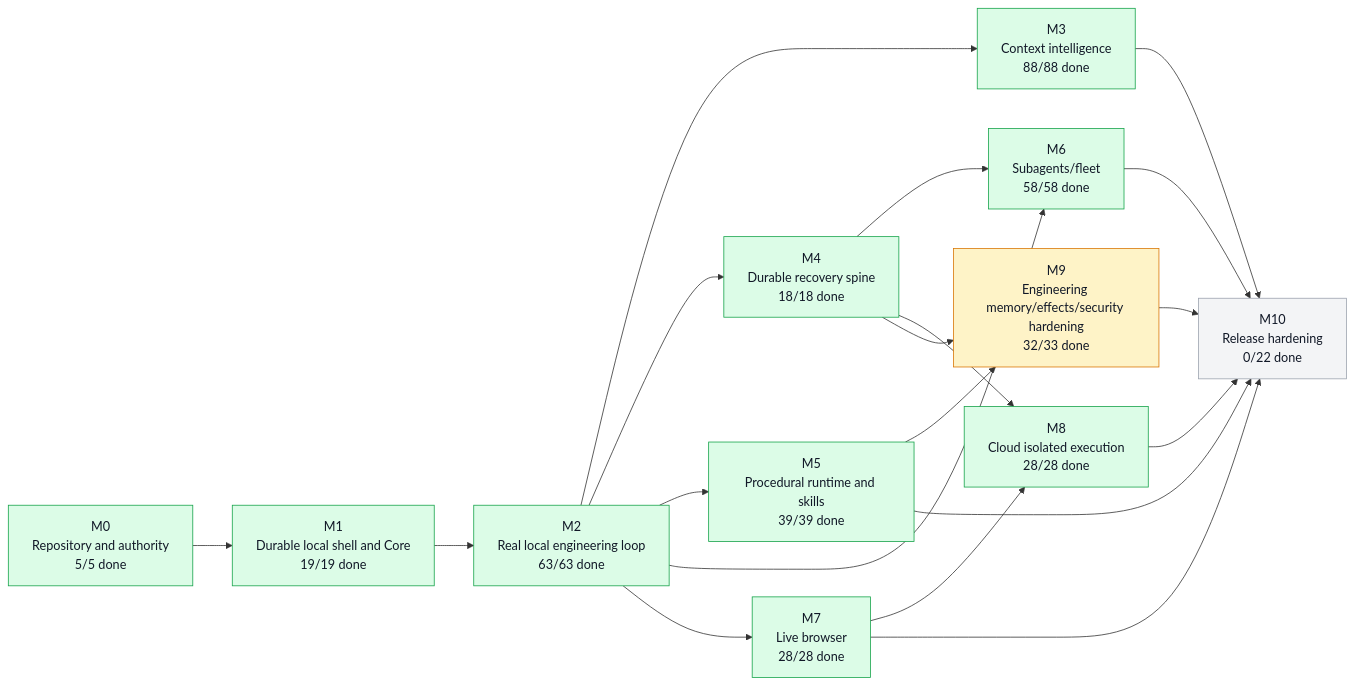
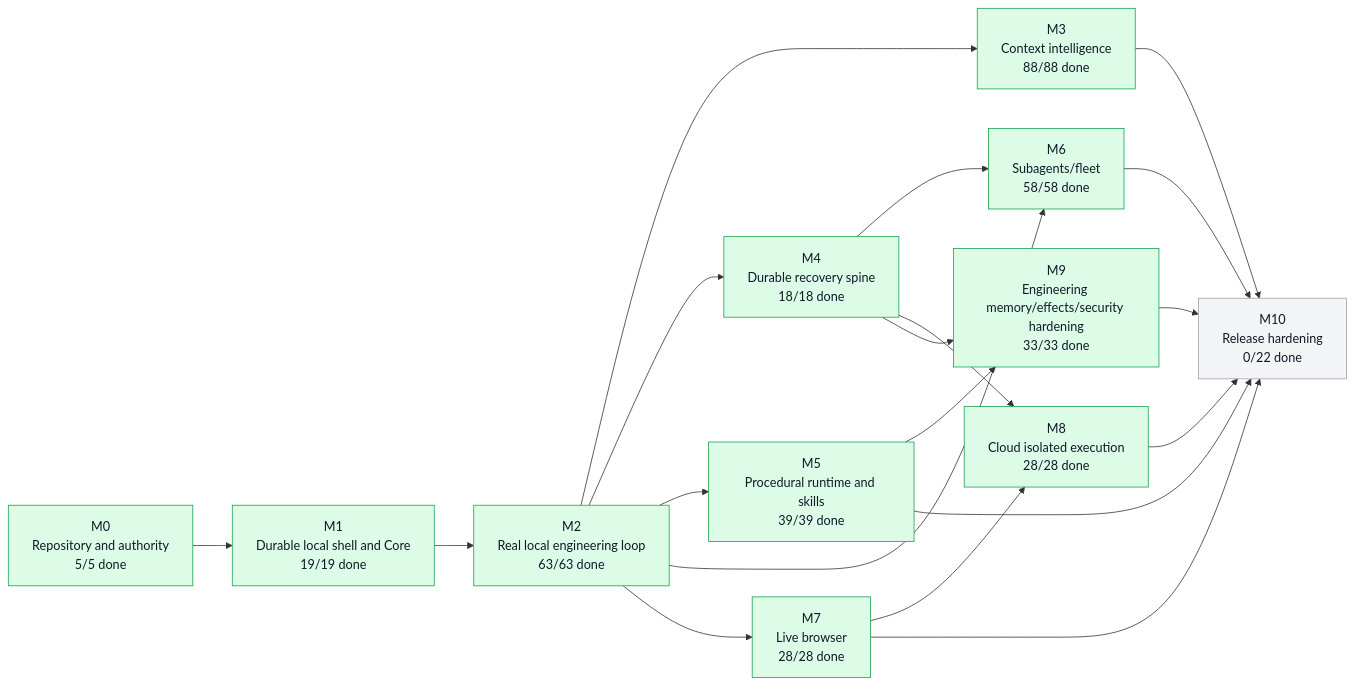
One commit to moss101/modbit changed the first of 5 diagrams in graph/PROJECT_GRAPH.md. Above: the diagram before and after it, drawn with Mermaid. The commit also changed other lines of this file and 7 other files, not shown here.

````diff
--- a/graph/PROJECT_GRAPH.md
+++ b/graph/PROJECT_GRAPH.md
@@ -57,43 +57,43 @@
 ```mermaid
 flowchart LR
   M0["M0<br/>Repository and authority<br/>5/5 done"]
   M1["M1<br/>Durable local shell and Core<br/>19/19 done"]
   M2["M2<br/>Real local engineering loop<br/>63/63 done"]
   M3["M3<br/>Context intelligence<br/>88/88 done"]
   M4["M4<br/>Durable recovery spine<br/>18/18 done"]
   M5["M5<br/>Procedural runtime and skills<br/>39/39 done"]
   M6["M6<br/>Subagents/fleet<br/>58/58 done"]
   M7["M7<br/>Live browser<br/>28/28 done"]
   M8["M8<br/>Cloud isolated execution<br/>28/28 done"]
-  M9["M9<br/>Engineering memory/effects/security hardening<br/>32/33 done"]
+  M9["M9<br/>Engineering memory/effects/security hardening<br/>33/33 done"]
   M10["M10<br/>Release hardening<br/>0/22 done"]
   M0 --> M1
   M1 --> M2
   M2 --> M3
   M2 --> M4
   M2 --> M5
   M2 --> M6
   M4 --> M6
   M2 --> M7
   M4 --> M8
   M7 --> M8
   M4 --> M9
   M5 --> M9
   M3 --> M10
   M5 --> M10
   M6 --> M10
   M7 --> M10
   M8 --> M10
   M9 --> M10
   style M0 fill:#dcfce7,stroke:#16a34a,color:#111827
   style M1 fill:#dcfce7,stroke:#16a34a,color:#111827
   style M2 fill:#dcfce7,stroke:#16a34a,color:#111827
   style M3 fill:#dcfce7,stroke:#16a34a,color:#111827
   style M4 fill:#dcfce7,stroke:#16a34a,color:#111827
   style M5 fill:#dcfce7,stroke:#16a34a,color:#111827
   style M6 fill:#dcfce7,stroke:#16a34a,color:#111827
   style M7 fill:#dcfce7,stroke:#16a34a,color:#111827
   style M8 fill:#dcfce7,stroke:#16a34a,color:#111827
-  style M9 fill:#fef3c7,stroke:#d97706,color:#111827
+  style M9 fill:#dcfce7,stroke:#16a34a,color:#111827
   style M10 fill:#f3f4f6,stroke:#9ca3af,color:#111827
 ```
````
